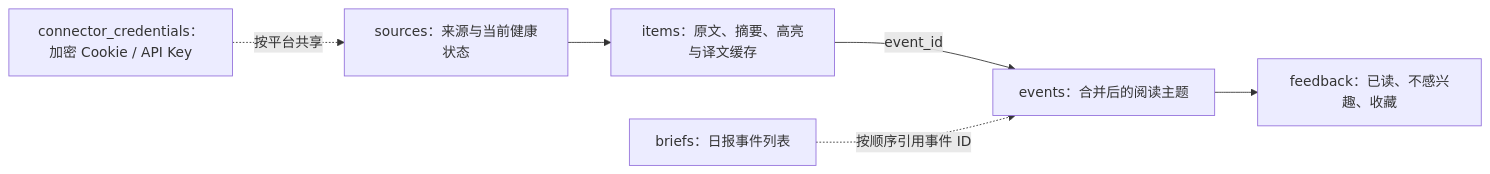
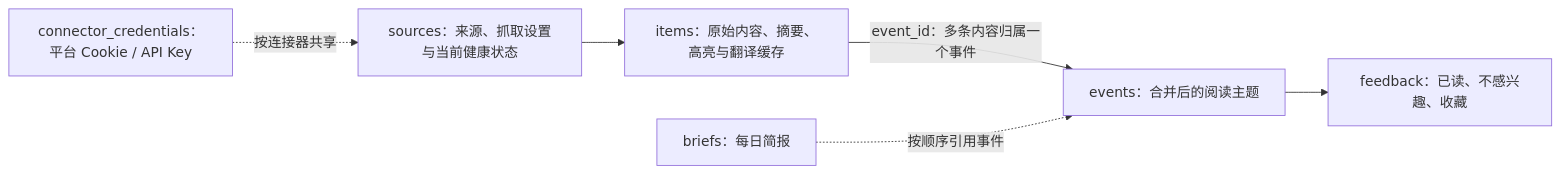
The first of 2 diagrams in docs/SQLITE_SCHEMA_AND_MIGRATION.md (angelOnly/NewsRssHub), drawn with Mermaid before and after one commit. The commit also changed other lines of this file and 45 other files, not shown here.

````diff
--- a/docs/SQLITE_SCHEMA_AND_MIGRATION.md
+++ b/docs/SQLITE_SCHEMA_AND_MIGRATION.md
@@ -20,8 +31,8 @@
 ```mermaid
 flowchart LR
-    S["sources：来源与当前健康状态"] --> I["items：原文、摘要、高亮与译文缓存"]
-    I -->|"event_id"| E["events：合并后的阅读主题"]
+    S["sources：来源、抓取设置与当前健康状态"] --> I["items：原始内容、摘要、高亮与翻译缓存"]
+    I -->|"event_id：多条内容归属一个事件"| E["events：合并后的阅读主题"]
     E --> F["feedback：已读、不感兴趣、收藏"]
-    B["briefs：日报事件列表"] -. "按顺序引用事件 ID" .-> E
-    C["connector_credentials：加密 Cookie / API Key"] -. "按平台共享" .-> S
+    B["briefs：每日简报"] -. "按顺序引用事件" .-> E
+    C["connector_credentials：平台 Cookie / API Key"] -. "按连接器共享" .-> S
 ```
````
